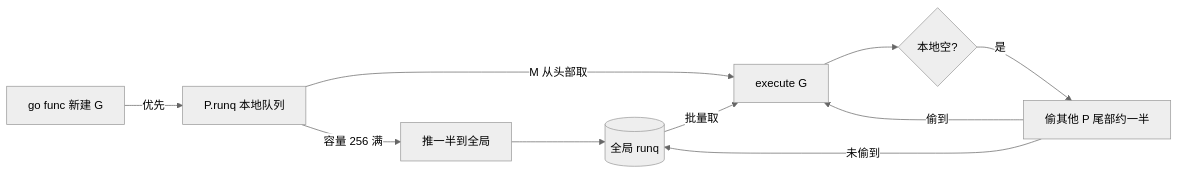
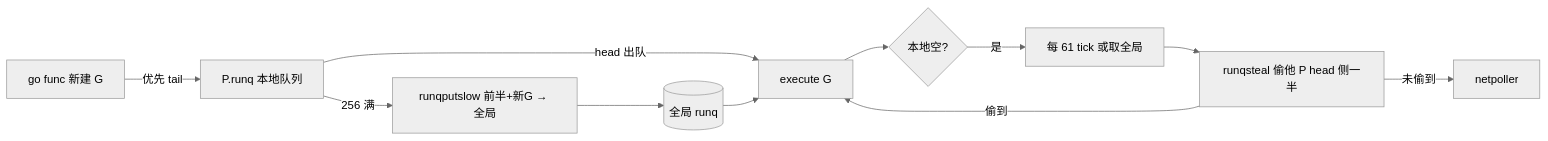
The ninth of 12 diagrams in docs/interview/01-runtime-concurrency/S-CONC-02-gmp-roles.md (twodog-tt/Golang-development-manual), drawn with Mermaid (neutral theme) before and after one commit. The commit also changed other lines of this file, not shown here.

First line of the commit message:
Document runqputslow head-half overflow and work-stealing semantics.

````diff
--- a/docs/interview/01-runtime-concurrency/S-CONC-02-gmp-roles.md
+++ b/docs/interview/01-runtime-concurrency/S-CONC-02-gmp-roles.md
@@ -274,12 +358,13 @@
 ```mermaid
 flowchart LR
-  NewG[go func 新建 G] -->|优先| Local[P.runq 本地队列]
-  Local -->|容量 256 满| PushHalf[推一半到全局]
-  PushHalf --> Global[(全局 runq)]
-  Local -->|M 从头部取| Exec[execute G]
-  Empty{本地空?} -->|是| Steal[偷其他 P 尾部约一半]
+  NewG[go func 新建 G] -->|优先 tail| Local[P.runq 本地队列]
+  Local -->|256 满| Slow[runqputslow 前半+新G → 全局]
+  Slow --> Global[(全局 runq)]
+  Local -->|head 出队| Exec[execute G]
+  Empty{本地空?} -->|是| GlobalFirst[每 61 tick 或取全局]
+  GlobalFirst --> Steal[runqsteal 偷他 P head 侧一半]
   Steal -->|偷到| Exec
-  Steal -->|未偷到| Global
-  Global -->|批量取| Exec
+  Steal -->|未偷到| Net[netpoller]
+  Global --> Exec
   Exec --> Empty
 ```
````
